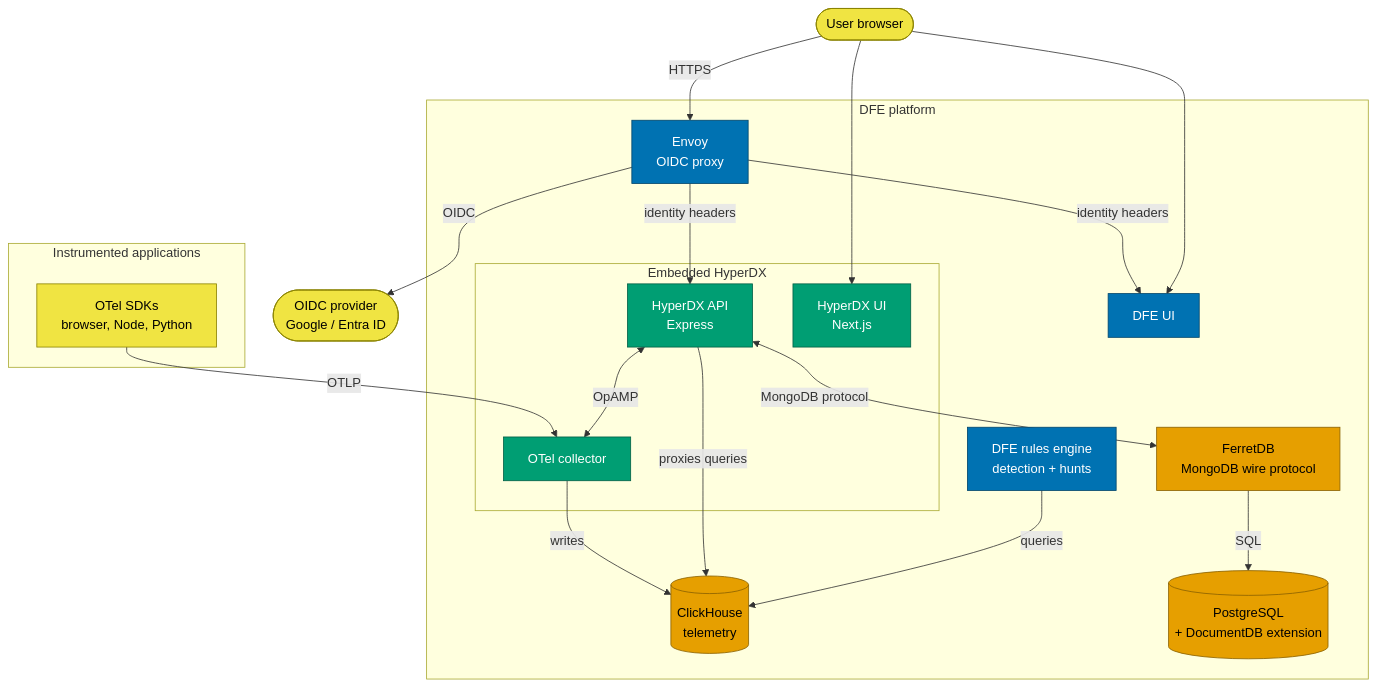
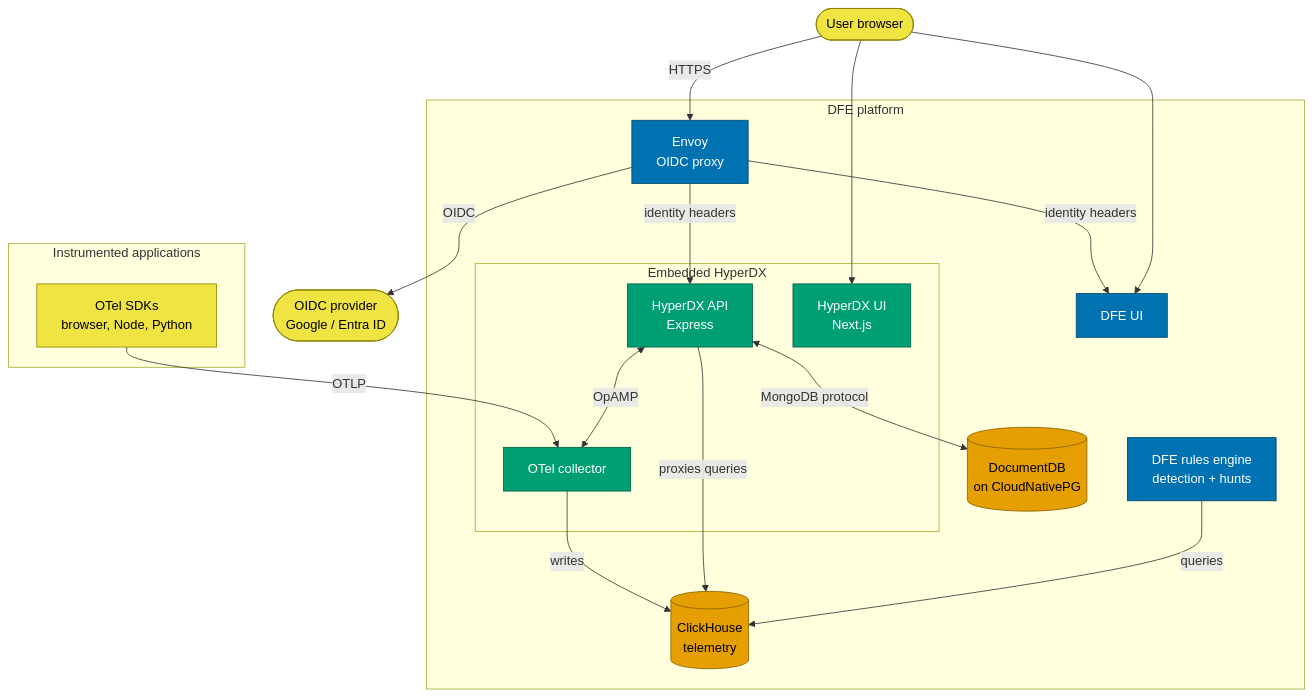
Before and after one commit to hyperi-io/dfe-hyperdx: the first of 2 diagrams in docs/architecture/README.md, drawn with Mermaid. The commit also changed other lines of this file and 15 other files, not shown here.

First line of the commit message:
docs(hyperdx): name DocumentDB as the document store

````diff
--- a/docs/architecture/README.md
+++ b/docs/architecture/README.md
@@ -28,48 +28,46 @@
 ```mermaid
 flowchart TB
     browser(["User browser"])
     oidc(["OIDC provider<br/>Google / Entra ID"])
 
     subgraph apps["Instrumented applications"]
         sdks["OTel SDKs<br/>browser, Node, Python"]
     end
 
     subgraph dfe["DFE platform"]
         envoy["Envoy<br/>OIDC proxy"]
         ui["DFE UI"]
         rules["DFE rules engine<br/>detection + hunts"]
 
         subgraph hdx["Embedded HyperDX"]
             otel["OTel collector"]
             api["HyperDX API<br/>Express"]
             app["HyperDX UI<br/>Next.js"]
         end
 
         ch[(ClickHouse<br/>telemetry)]
-        ferret["FerretDB<br/>MongoDB wire protocol"]
-        pg[(PostgreSQL<br/>+ DocumentDB extension)]
+        docdb[("DocumentDB<br/>on CloudNativePG")]
     end
 
     sdks -->|OTLP| otel
     otel -->|writes| ch
     api <-->|OpAMP| otel
-    api <-->|MongoDB protocol| ferret
-    ferret -->|SQL| pg
+    api <-->|MongoDB protocol| docdb
     api -->|proxies queries| ch
     rules -->|queries| ch
     browser -->|HTTPS| envoy
     envoy -->|OIDC| oidc
     envoy -->|identity headers| api
     envoy -->|identity headers| ui
     browser --> ui
     browser --> app
 
     classDef external fill:#F0E442,stroke:#8a8200,color:#000000
     classDef ours fill:#0072B2,stroke:#00456b,color:#ffffff
     classDef upstream fill:#009E73,stroke:#005f45,color:#ffffff
     classDef store fill:#E69F00,stroke:#8a6100,color:#000000
     class browser,oidc,sdks external
     class envoy,ui,rules ours
     class otel,api,app upstream
-    class ch,ferret,pg store
+    class ch,docdb store
 ```
````
